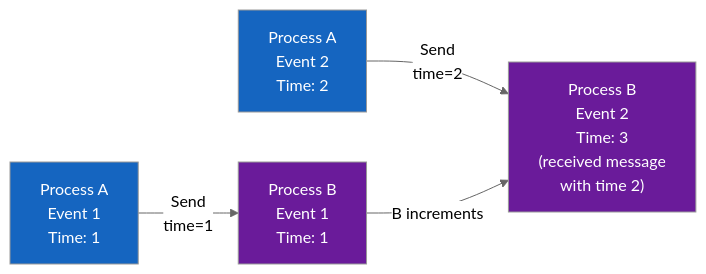
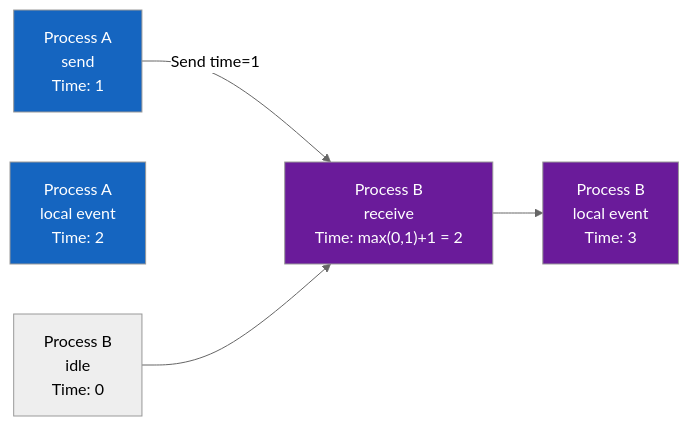
Before and after one commit to sanketn26/interview-prep: the first of 8 diagrams in docs/distributed-systems/fundamentals.md, drawn with Mermaid (neutral theme). The commit also changed other lines of this file and 93 other files, not shown here.

````diff
--- a/docs/distributed-systems/fundamentals.md
+++ b/docs/distributed-systems/fundamentals.md
@@ -87,17 +89,18 @@
 ```mermaid
 graph LR
-    A1["Process A<br/>Event 1<br/>Time: 1"]
-    A2["Process A<br/>Event 2<br/>Time: 2"]
-    
-    B1["Process B<br/>Event 1<br/>Time: 1"]
-    B2["Process B<br/>Event 2<br/>Time: 3<br/>(received message<br/>with time 2)"]
-    
-    A1 -->|Send<br/>time=1| B1
-    A2 -->|Send<br/>time=2| B2
-    B1 -->|B increments| B2
-    
+    A1["Process A<br/>send<br/>Time: 1"]
+    A2["Process A<br/>local event<br/>Time: 2"]
+
+    B1["Process B<br/>idle<br/>Time: 0"]
+    B2["Process B<br/>receive<br/>Time: max(0,1)+1 = 2"]
+    B3["Process B<br/>local event<br/>Time: 3"]
+
+    A1 -->|Send time=1| B2
+    B1 --> B2
+    B2 --> B3
+
     style A1 fill:#1565c0,color:#fff
     style A2 fill:#1565c0,color:#fff
-    style B1 fill:#6a1b9a,color:#fff
     style B2 fill:#6a1b9a,color:#fff
+    style B3 fill:#6a1b9a,color:#fff
 ```
````
